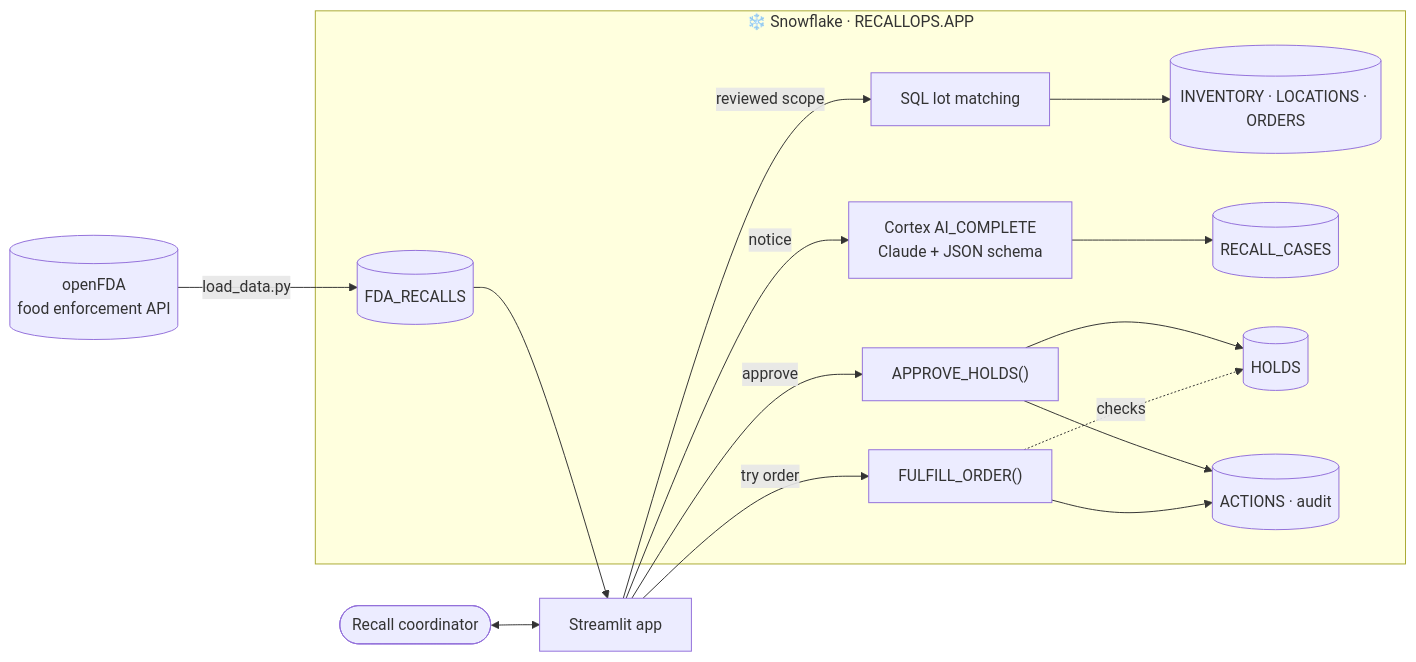
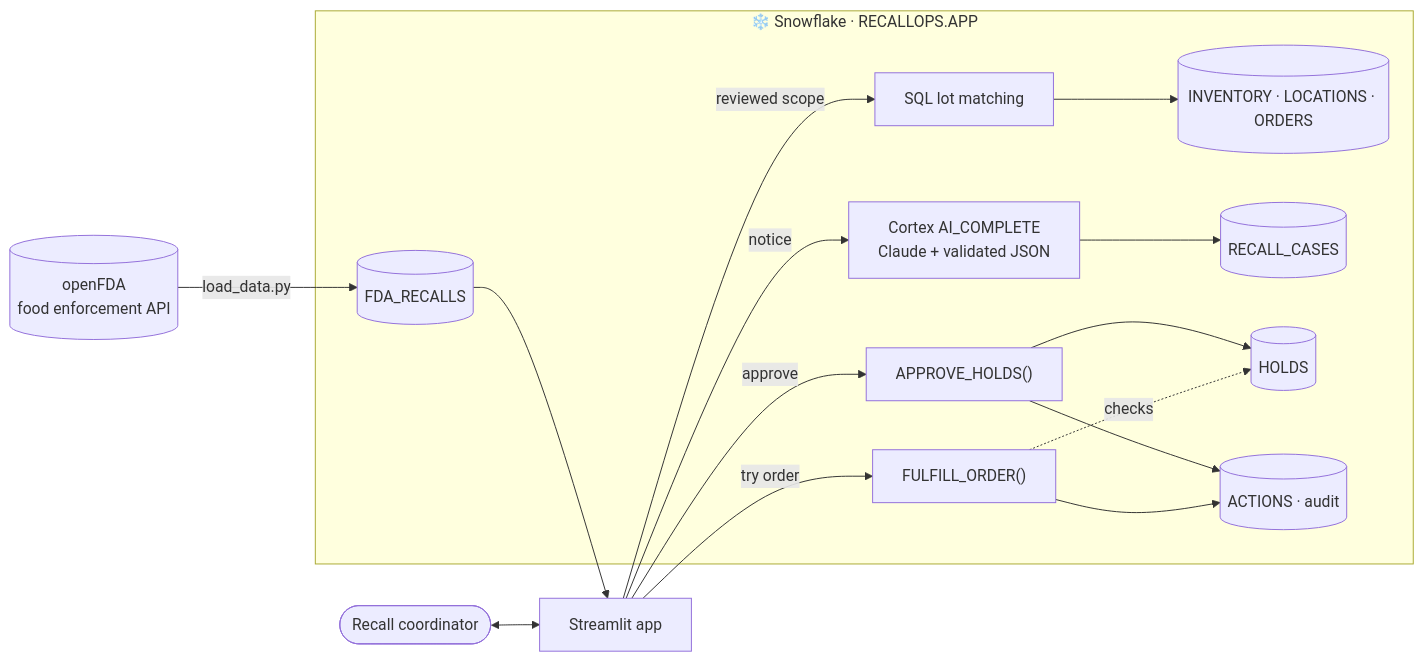
One commit to ayushozha/recallops changed the diagram in README.md. Above: the diagram before and after it, drawn with Mermaid. The commit also changed other lines of this file and 12 other files, not shown here.

First line of the commit message:
App story: US map of affected states and recall knowledge graph

````diff
--- a/README.md
+++ b/README.md
@@ -40,26 +42,26 @@
 ```mermaid
 flowchart LR
     FDA[(openFDA<br/>food enforcement API)] -->|load_data.py| R
 
     subgraph SF["❄️ Snowflake · RECALLOPS.APP"]
         R[(FDA_RECALLS)]
         I[(INVENTORY · LOCATIONS · ORDERS)]
         C[(RECALL_CASES)]
         H[(HOLDS)]
         A[(ACTIONS · audit)]
-        AI["Cortex AI_COMPLETE<br/>Claude + JSON schema"]
+        AI["Cortex AI_COMPLETE<br/>Claude + validated JSON"]
         M["SQL lot matching"]
         P1["APPROVE_HOLDS()"]
         P2["FULFILL_ORDER()"]
     end
 
     U([Recall coordinator]) <--> UI[Streamlit app]
     UI -->|notice| AI --> C
     UI -->|reviewed scope| M --> I
     UI -->|approve| P1 --> H
     P1 --> A
     UI -->|try order| P2
     P2 -.checks.-> H
     P2 --> A
     R --> UI
 ```
````
